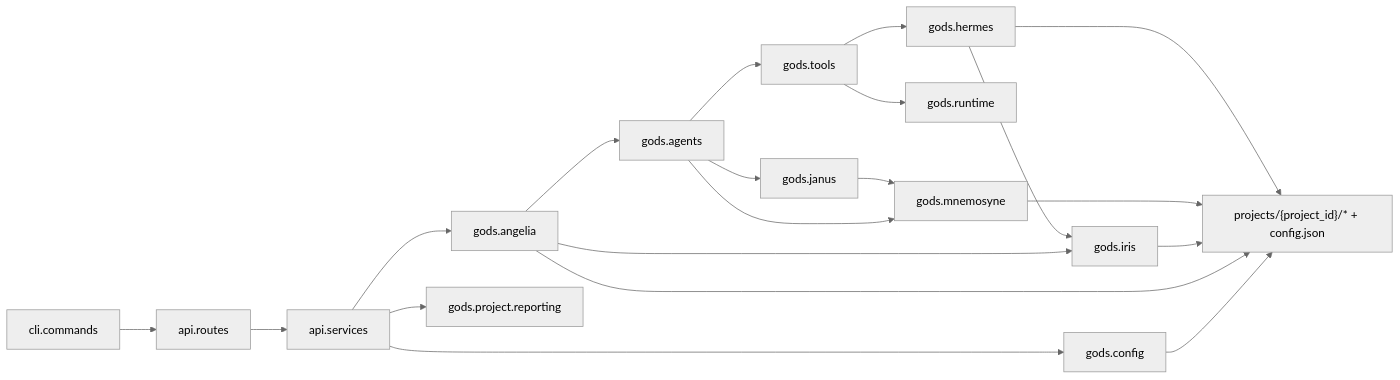
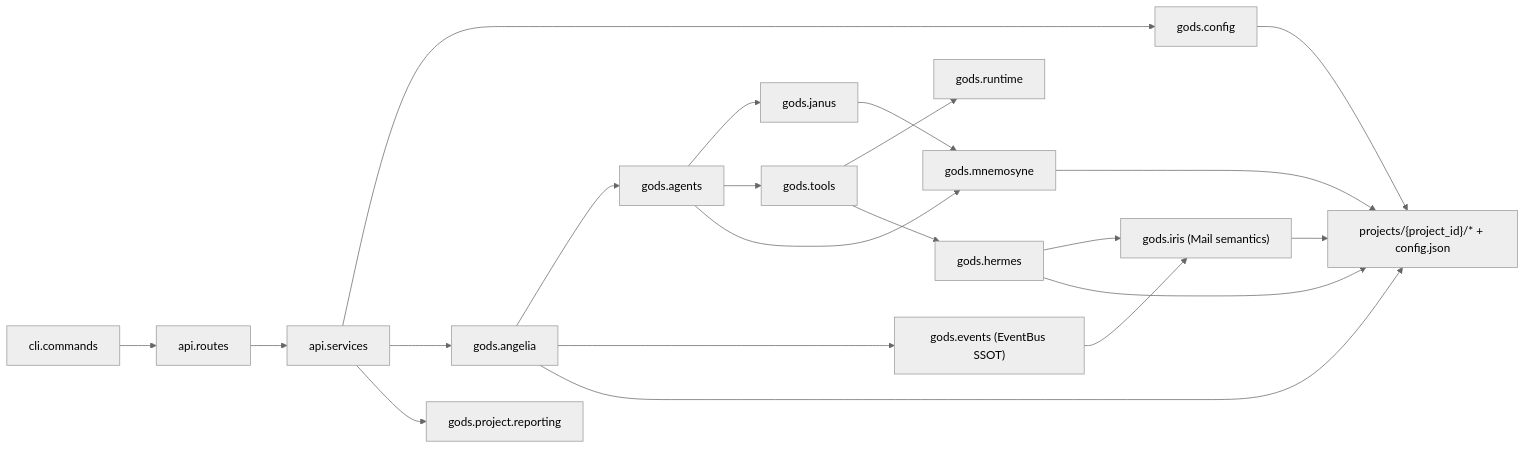
Before and after one commit to Lands54/Pantheon: the second of 11 diagrams in docs/BACKEND_MODULES_RUNTIME_MAP.md, drawn with Mermaid (neutral theme). The commit also changed other lines of this file and 57 other files, not shown here.

Commit message:
feat(events): unify event bus api, handlers, migration, and detach/hermes eventization

````diff
--- a/docs/BACKEND_MODULES_RUNTIME_MAP.md
+++ b/docs/BACKEND_MODULES_RUNTIME_MAP.md
@@ -73,27 +78,28 @@
 ```mermaid
 flowchart LR
     CLI["cli.commands"] --> ROUTES["api.routes"]
     ROUTES --> SERVICES["api.services"]
     SERVICES --> CFG["gods.config"]
     SERVICES --> ANG["gods.angelia"]
     SERVICES --> REPORT["gods.project.reporting"]
 
     ANG --> AGENT["gods.agents"]
-    ANG --> INBOX["gods.iris"]
+    ANG --> EVT["gods.events (EventBus SSOT)"]
+    EVT --> INBOX["gods.iris (Mail semantics)"]
 
     AGENT --> JANUS["gods.janus"]
     AGENT --> TOOLS["gods.tools"]
     AGENT --> MNEM["gods.mnemosyne"]
 
     TOOLS --> RUNTIME["gods.runtime"]
     TOOLS --> HERMES["gods.hermes"]
 
     JANUS --> MNEM
     HERMES --> INBOX
 
     CFG --> STORE["projects/{project_id}/* + config.json"]
     ANG --> STORE
     INBOX --> STORE
     MNEM --> STORE
     HERMES --> STORE
 ```
````
